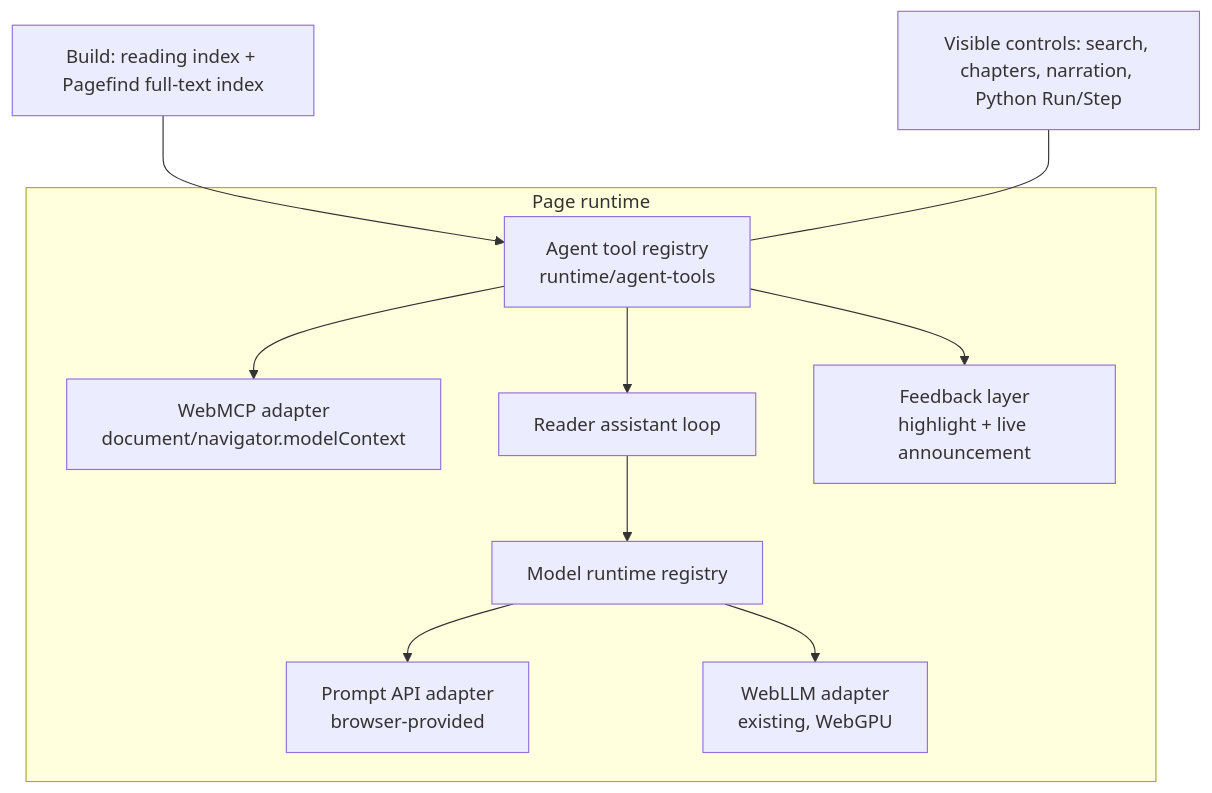
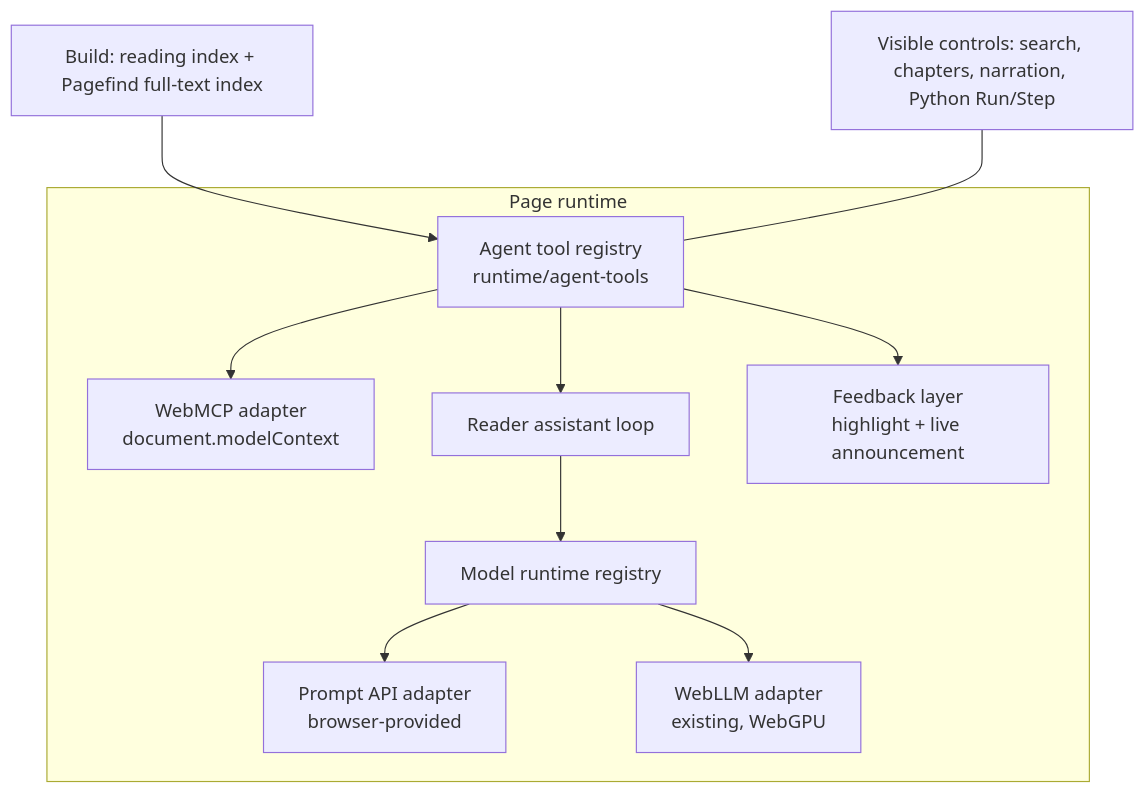
One commit to danilop/danilop-personal-page changed the diagram in docs/agent-and-browser-ai-plan.md. Above: the diagram before and after it, drawn with Mermaid. The commit also changed other lines of this file and 1 other file, not shown here.

First line of the commit message:
Record phase 0 spike results for agent tools and browser models

````diff
--- a/docs/agent-and-browser-ai-plan.md
+++ b/docs/agent-and-browser-ai-plan.md
@@ -73,13 +74,13 @@
 ```mermaid
 flowchart TD
     I[Build: reading index + Pagefind full-text index] --> T
     subgraph Page runtime
-      T[Agent tool registry<br/>runtime/agent-tools] --> W[WebMCP adapter<br/>document/navigator.modelContext]
+      T[Agent tool registry<br/>runtime/agent-tools] --> W[WebMCP adapter<br/>document.modelContext]
       T --> A[Reader assistant loop]
       T --> F[Feedback layer<br/>highlight + live announcement]
       A --> R[Model runtime registry]
       R --> P[Prompt API adapter<br/>browser-provided]
       R --> L[WebLLM adapter<br/>existing, WebGPU]
     end
     U[Visible controls: search, chapters, narration, Python Run/Step] --- T
 ```
````
